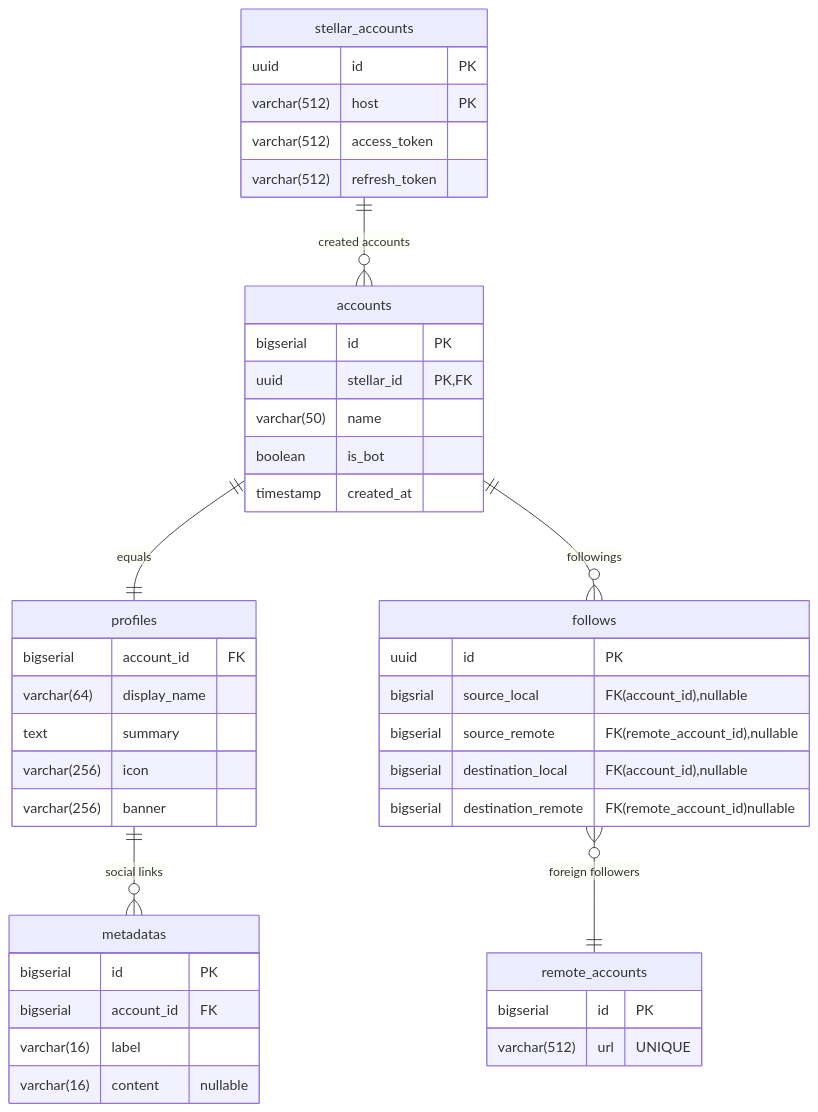
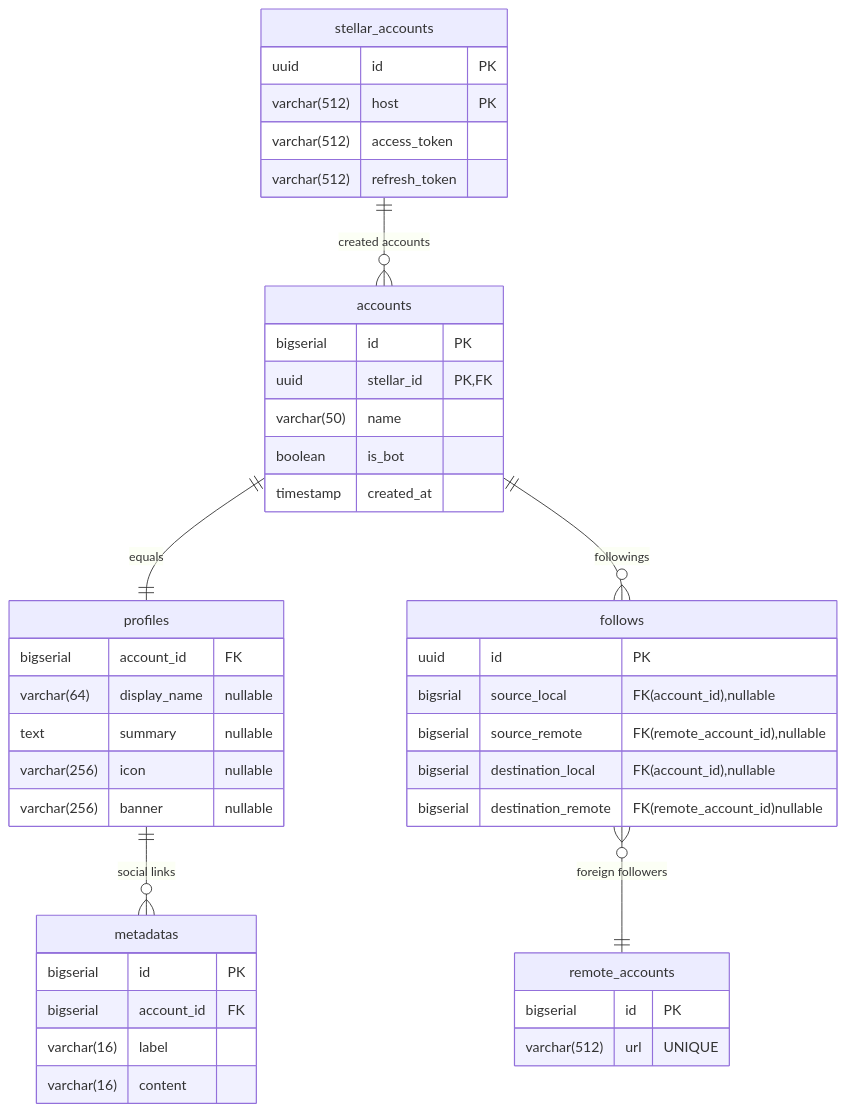
Before and after one commit to ShuttlePub/document: the diagram in docs/shuttlepub-accounts/data-structure.md, drawn with Mermaid. The commit also changed 1 other file, not shown here.

Commit message:
Fix mistook changes
shuttlepub-accountsを弄ってるつもりがcoreを弄ってたので修正

````diff
--- a/docs/shuttlepub-accounts/data-structure.md
+++ b/docs/shuttlepub-accounts/data-structure.md
@@ -5,48 +5,48 @@
 ```mermaid
 erDiagram
 accounts {
 	bigserial id "PK"
 	uuid stellar_id "PK,FK"
 	varchar(50) name
 	boolean is_bot
 	timestamp created_at
 }
 profiles {
 	bigserial account_id "FK"
-	varchar(64) display_name
-	text summary
- 	varchar(256) icon
-	varchar(256) banner
+	varchar(64) display_name "nullable"
+	text summary "nullable"
+ 	varchar(256) icon "nullable"
+	varchar(256) banner "nullable"
 }
 metadatas {
 	bigserial id "PK"
 	bigserial account_id "FK"
 	varchar(16) label
-	varchar(16) content "nullable"
+	varchar(16) content
 }
 stellar_accounts {
 	uuid id "PK"
 	varchar(512) host "PK"
 	varchar(512) access_token
 	varchar(512) refresh_token
 }
 follows {
 	uuid id "PK"
 	bigsrial source_local "FK(account_id),nullable"
 	bigserial source_remote "FK(remote_account_id),nullable"
 	
 	bigserial destination_local "FK(account_id),nullable"
 	bigserial destination_remote "FK(remote_account_id)nullable"
 }
 
 remote_accounts {
 	bigserial id "PK"
 	varchar(512) url "UNIQUE"
 }
 
 accounts ||--|| profiles : "equals"
 stellar_accounts ||--o{ accounts : "created accounts"
 profiles ||--o{ metadatas : "social links"
 accounts ||--o{ follows : "followings"
 follows }o--|| remote_accounts : "foreign followers"
 ```
````
